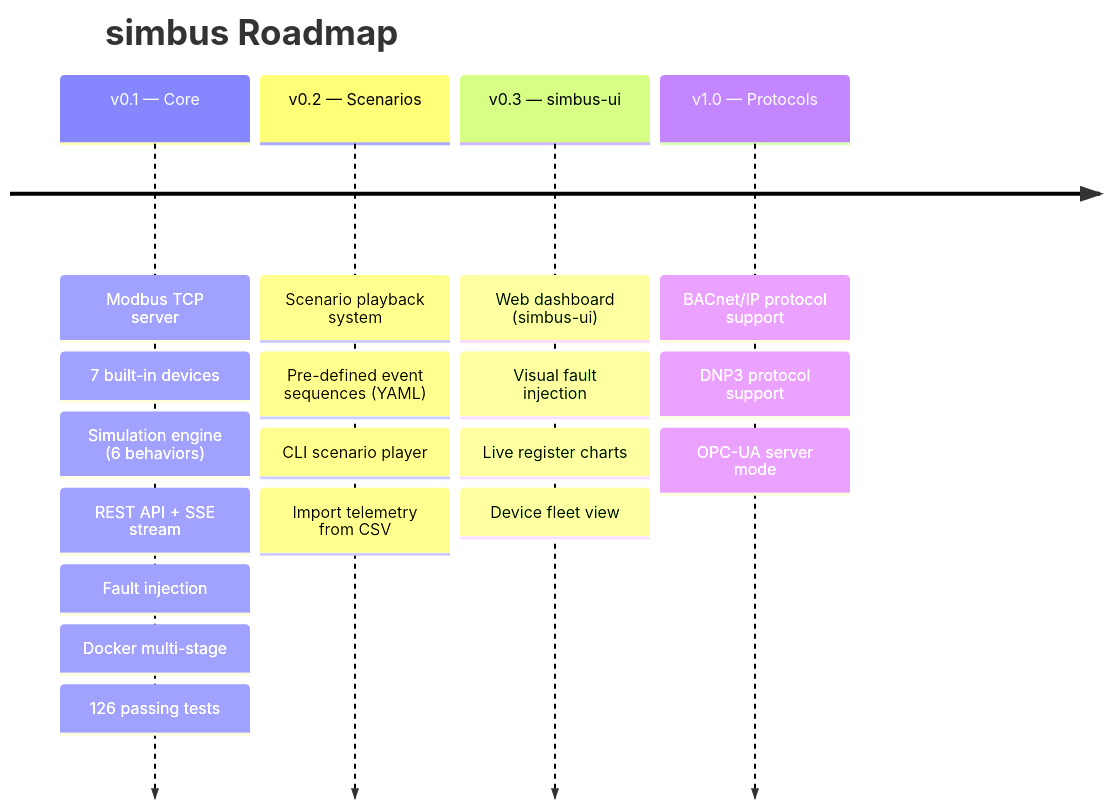
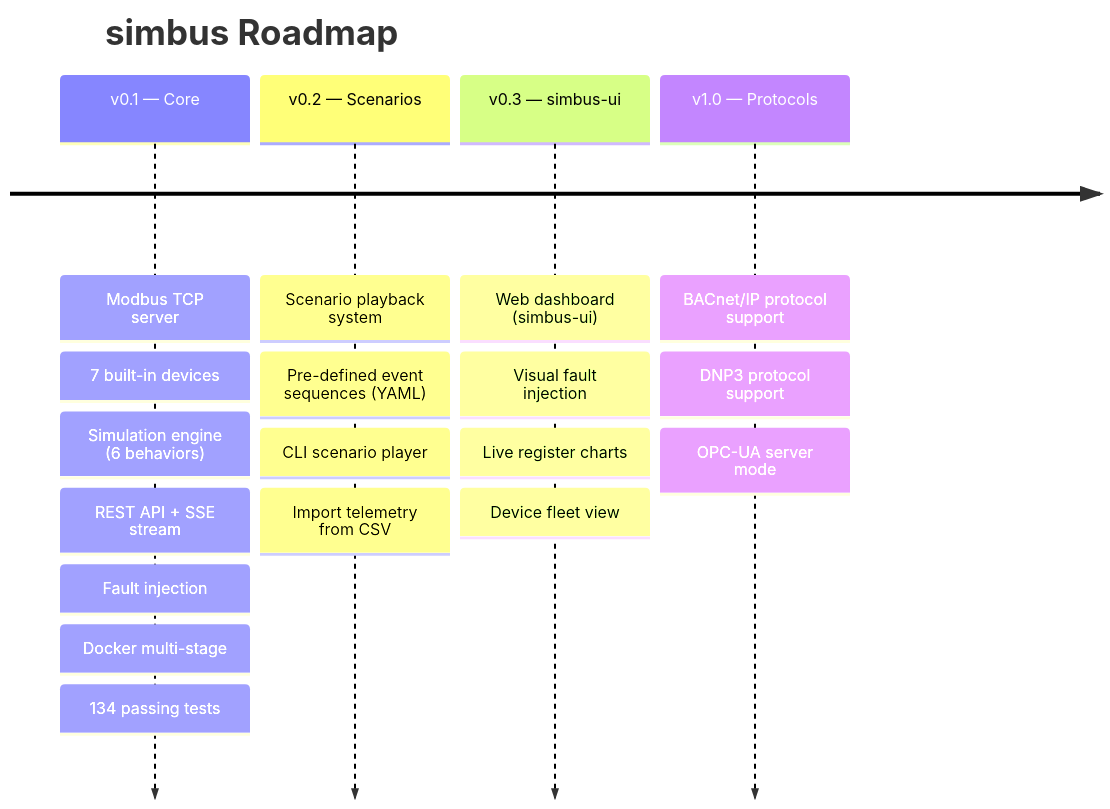
One commit to obsidia-systems/simbus changed the sixth of 6 diagrams in README.md. Above: the diagram before and after it, drawn with Mermaid. The commit also changed other lines of this file and 1 other file, not shown here.

````diff
--- a/README.md
+++ b/README.md
@@ -590,22 +634,22 @@
 ```mermaid
 timeline
     title simbus Roadmap
     v0.1 — Core : Modbus TCP server
                : 7 built-in devices
                : Simulation engine (6 behaviors)
                : REST API + SSE stream
                : Fault injection
                : Docker multi-stage
-               : 126 passing tests
+               : 134 passing tests
     v0.2 — Scenarios : Scenario playback system
                      : Pre-defined event sequences (YAML)
                      : CLI scenario player
                      : Import telemetry from CSV
     v0.3 — simbus-ui : Web dashboard (simbus-ui)
                      : Visual fault injection
                      : Live register charts
                      : Device fleet view
     v1.0 — Protocols : BACnet/IP protocol support
                      : DNP3 protocol support
                      : OPC-UA server mode
 ```
````
